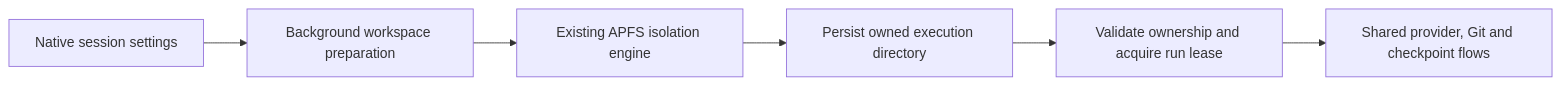
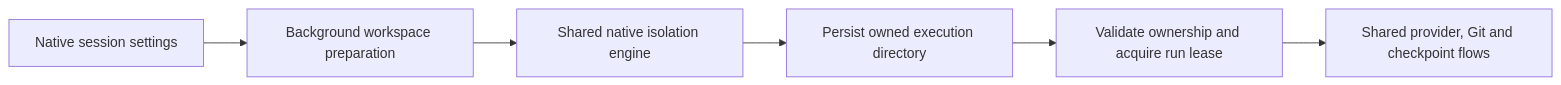
One commit to hardbeat920/monocode changed the first of 2 diagrams in docs/native/isolation.md. Above: the diagram before and after it, drawn with Mermaid. The commit also changed other lines of this file and 22 other files, not shown here.

````diff
--- a/docs/native/isolation.md
+++ b/docs/native/isolation.md
@@ -51,8 +75,8 @@
 ```mermaid
 flowchart LR
     A[Native session settings] --> B[Background workspace preparation]
-    B --> C[Existing APFS isolation engine]
+    B --> C[Shared native isolation engine]
     C --> D[Persist owned execution directory]
     D --> E[Validate ownership and acquire run lease]
     E --> F[Shared provider, Git and checkpoint flows]
 ```
````
